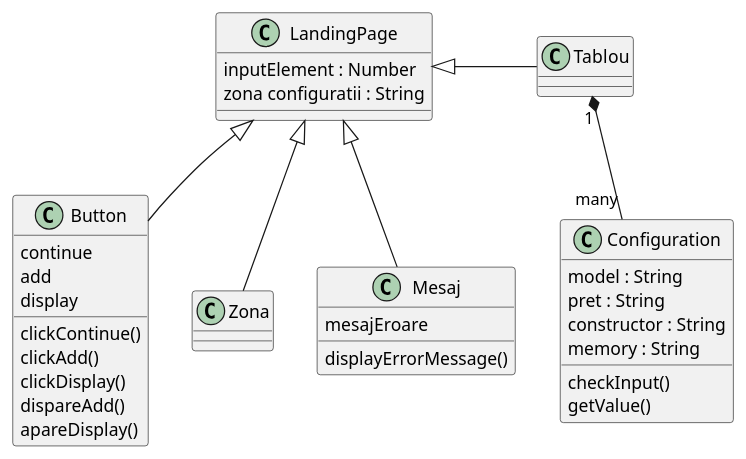
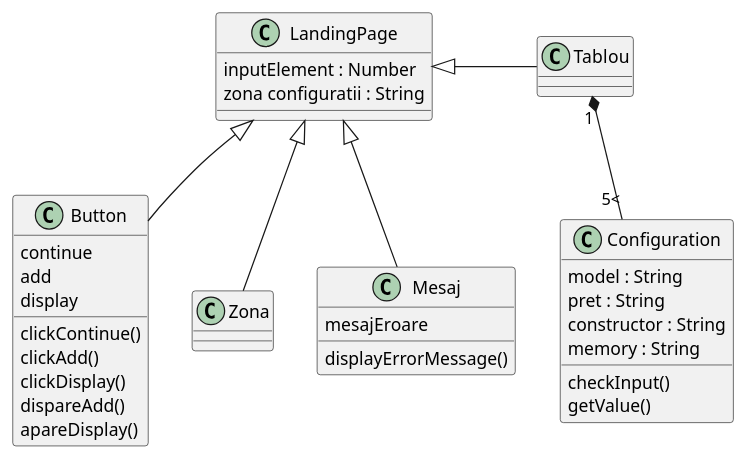
One commit to vsmro/phoneconfigs changed the diagram in uml/class_phoneconf.puml. Above: the diagram before and after it, drawn with PlantUML. The commit also changed 2 other files, not shown here.

```diff
--- a/uml/class_phoneconf.puml
+++ b/uml/class_phoneconf.puml
@@ -1,45 +1,45 @@
 @startuml
 
 
 class LandingPage {
 inputElement : Number
 zona configuratii : String
 }
 
 class Tablou {
 }
 LandingPage <|- Tablou
 LandingPage <|-- Button
 LandingPage <|--Zona
 LandingPage <|--Mesaj
-Tablou "1" *-- "many"Configuration
+Tablou "1" *-- "5<"Configuration
 class Configuration {
 model : String
 pret : String
 constructor : String
 memory : String
 
 checkInput()
 getValue()
 }
 
 class Button {
 continue
 add
 display
 clickContinue()
 clickAdd()
 clickDisplay()
 dispareAdd()
 apareDisplay()
 }
 
 class Mesaj {
 mesajEroare
 displayErrorMessage()
 }
 
 class Zona {
 }
 
 @enduml
```
